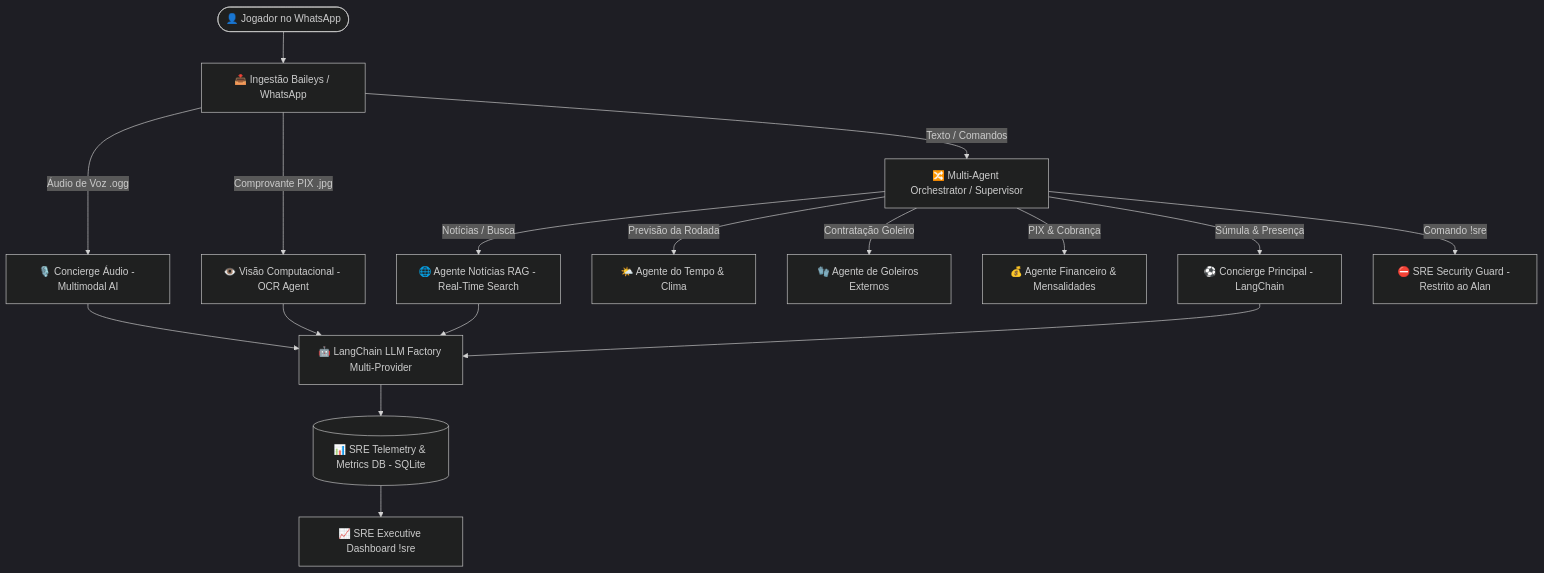
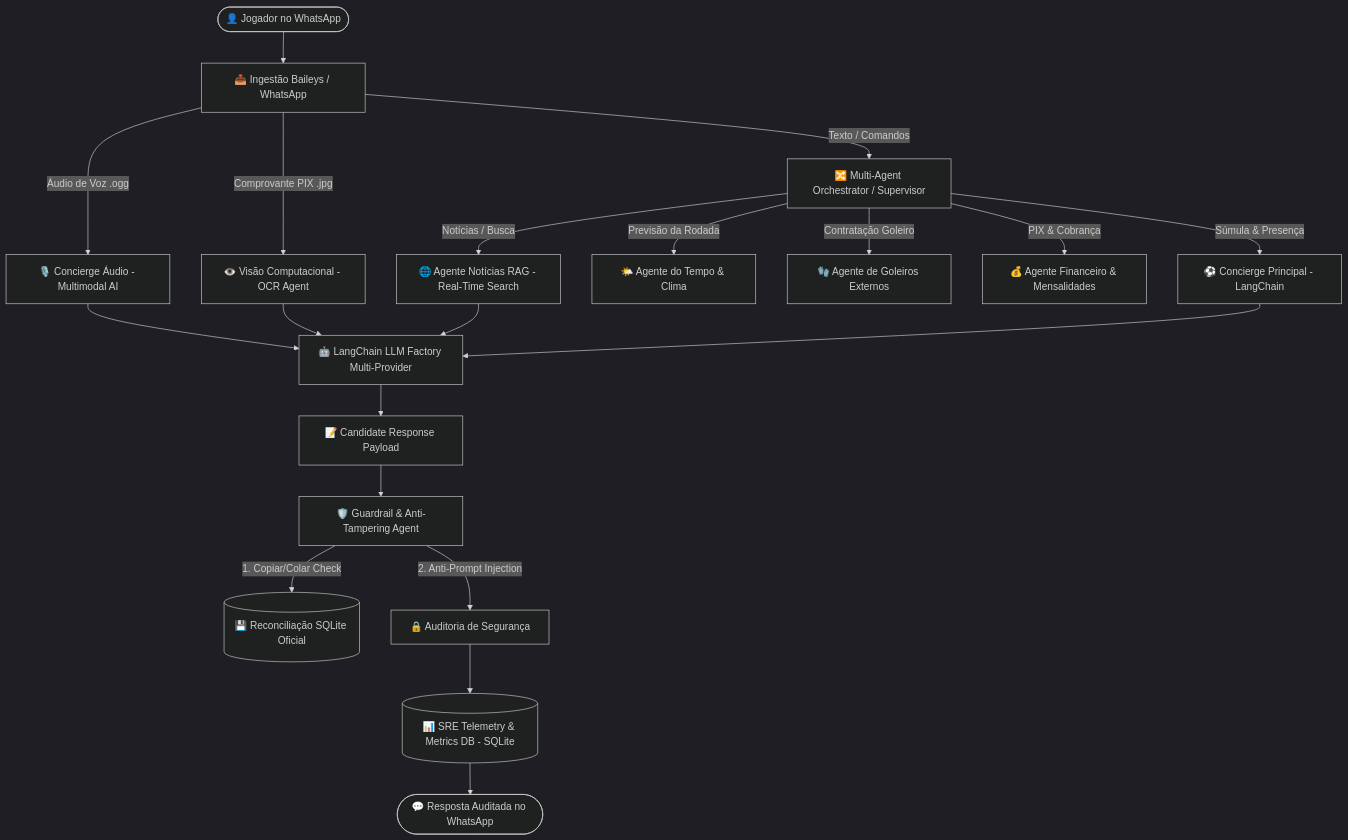
The diagram in joga10-ai/README.md (amricetti/artificial-intelligence), drawn with Mermaid (dark theme) before and after one commit. The commit also changed other lines of this file and 1 other file, not shown here.

Commit message:
docs: update READMEs with Pre-Response Guardrail Pipeline, 7-section prompt standard and Mensalistas commands

````diff
--- a/joga10-ai/README.md
+++ b/joga10-ai/README.md
@@ -18,23 +19,28 @@
 ```mermaid
 flowchart TD
     User([👤 Jogador no WhatsApp]) --> Ingestion[📥 Ingestão Baileys / WhatsApp]
     
     Ingestion -->|Áudio de Voz .ogg| AudioAgent[🎙️ Concierge Áudio - Multimodal AI]
     Ingestion -->|Comprovante PIX .jpg| VisionAgent[👁️ Visão Computacional - OCR Agent]
     Ingestion -->|Texto / Comandos| Router[🔀 Multi-Agent Orchestrator / Supervisor]
     
     Router -->|Notícias / Busca| NewsRAG[🌐 Agente Notícias RAG - Real-Time Search]
     Router -->|Previsão da Rodada| WeatherAgent[🌤️ Agente do Tempo & Clima]
     Router -->|Contratação Goleiro| GoalkeeperAgent[🧤 Agente de Goleiros Externos]
     Router -->|PIX & Cobrança| FinanceAgent[💰 Agente Financeiro & Mensalidades]
     Router -->|Súmula & Presença| PresenceAgent[⚽ Concierge Principal - LangChain]
-    Router -->|Comando !sre| SREGuard[⛔ SRE Security Guard - Restrito ao Alan]
 
     AudioAgent --> LLMFactory[🤖 LangChain LLM Factory Multi-Provider]
     VisionAgent --> LLMFactory
     NewsRAG --> LLMFactory
     PresenceAgent --> LLMFactory
 
-    LLMFactory --> SRETelemetry[(📊 SRE Telemetry & Metrics DB - SQLite)]
-    SRETelemetry --> Dashboard[📈 SRE Executive Dashboard !sre]
+    LLMFactory --> CandidateResponse[📝 Candidate Response Payload]
+    CandidateResponse --> GuardrailAgent[🛡️ Guardrail & Anti-Tampering Agent]
+    
+    GuardrailAgent -->|1. Copiar/Colar Check| DBReconciler[(💾 Reconciliação SQLite Oficial)]
+    GuardrailAgent -->|2. Anti-Prompt Injection| SecurityAudit[🔒 Auditoria de Segurança]
+    
+    SecurityAudit --> SRETelemetry[(📊 SRE Telemetry & Metrics DB - SQLite)]
+    SRETelemetry --> FinalOutput([💬 Resposta Auditada no WhatsApp])
 ```
````
